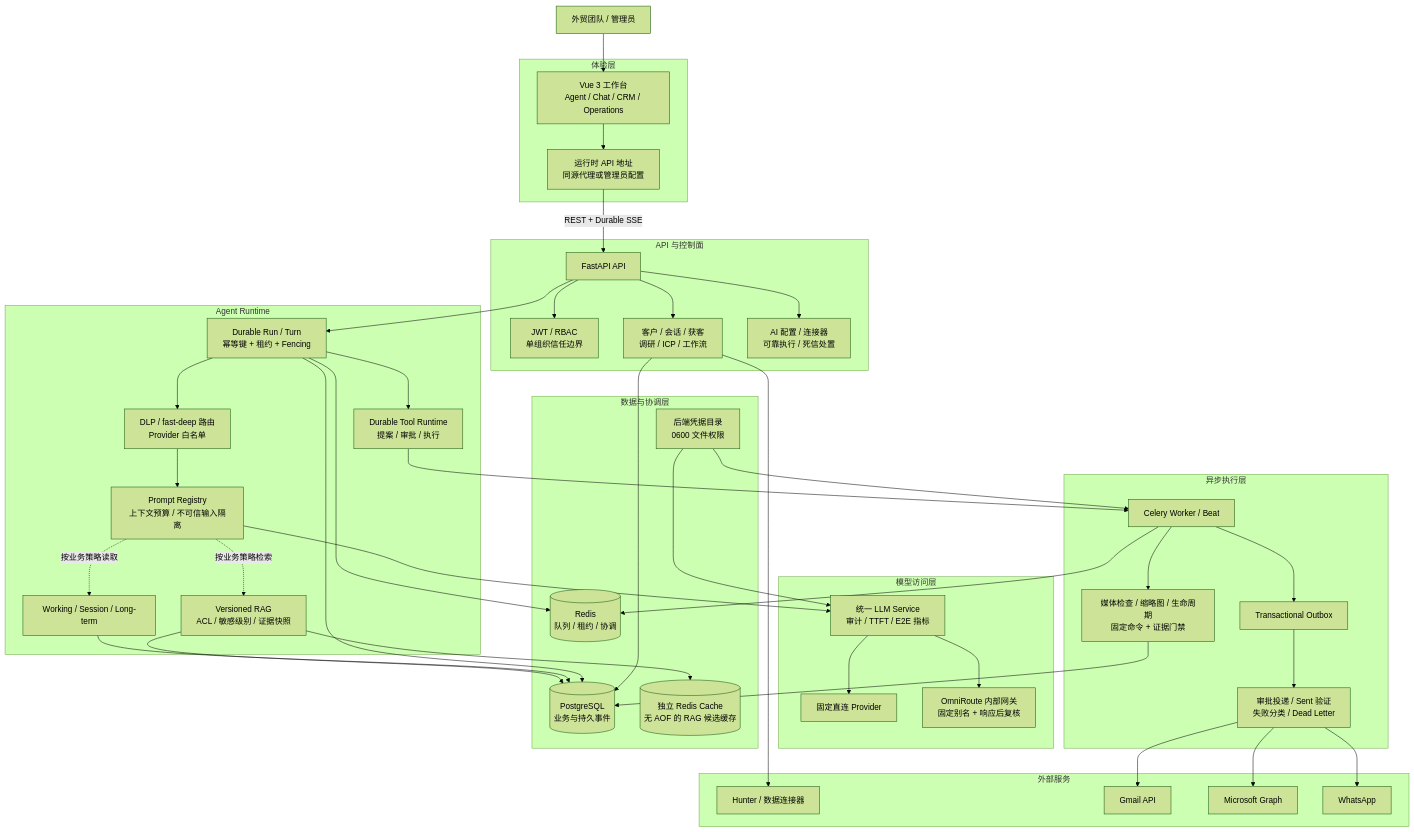
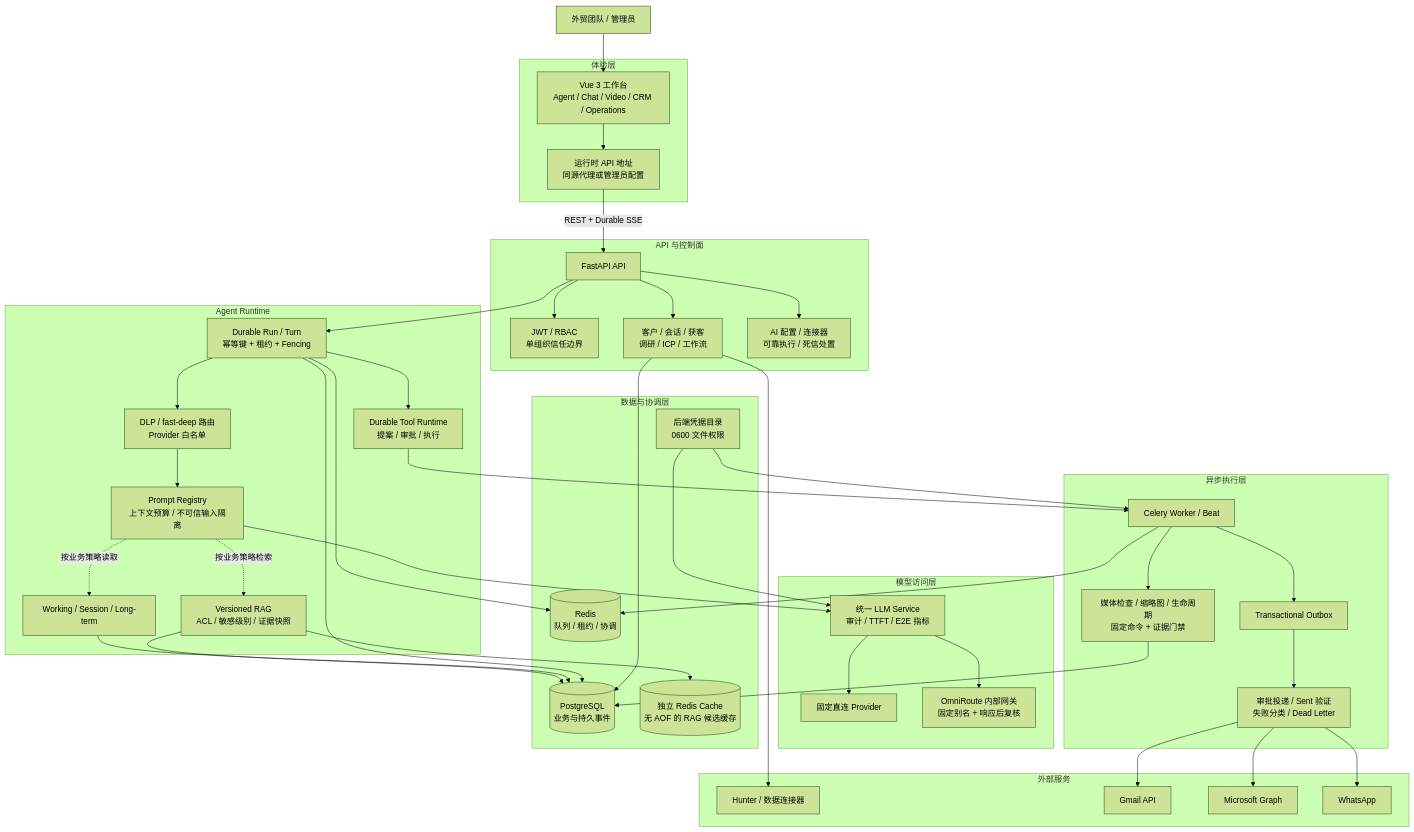
One commit to xcj9636/wm-B-agent changed the first of 3 diagrams in README.md. Above: the diagram before and after it, drawn with Mermaid (forest theme). The commit also changed other lines of this file and 1 other file, not shown here.

Commit message:
docs: record governed video planning milestone

```diff
--- a/README.md
+++ b/README.md
@@ -67,7 +69,7 @@
     USER["外贸团队 / 管理员"]
 
     subgraph EXPERIENCE["体验层"]
-        UI["Vue 3 工作台<br/>Agent / Chat / CRM / Operations"]
+        UI["Vue 3 工作台<br/>Agent / Chat / Video / CRM / Operations"]
         RUNTIME_URL["运行时 API 地址<br/>同源代理或管理员配置"]
     end
 
```
